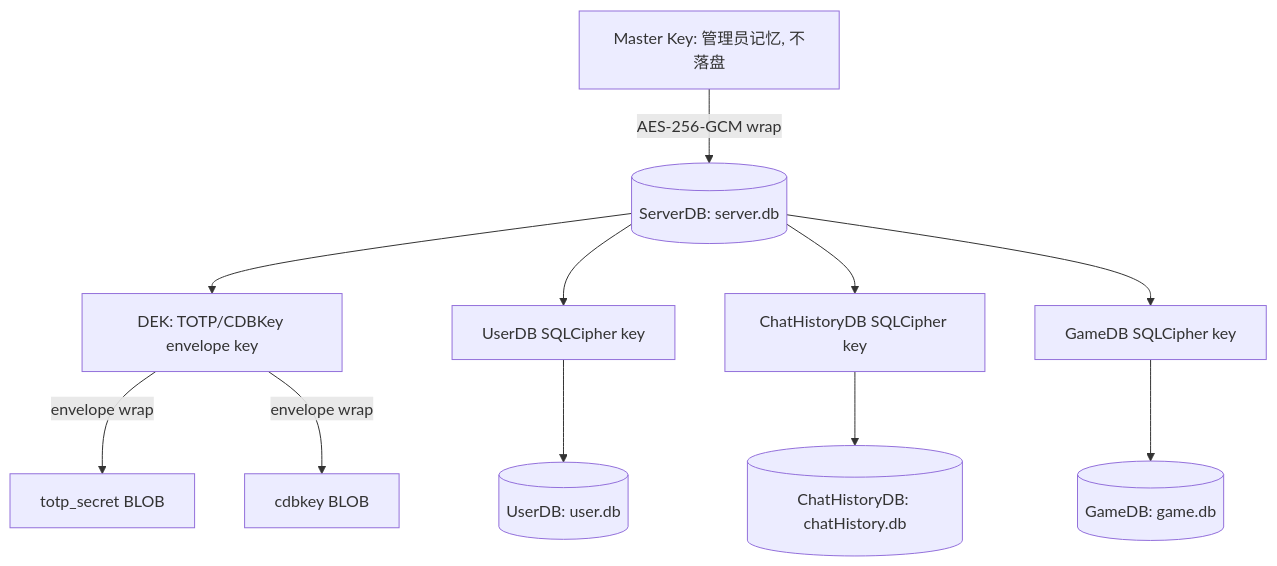
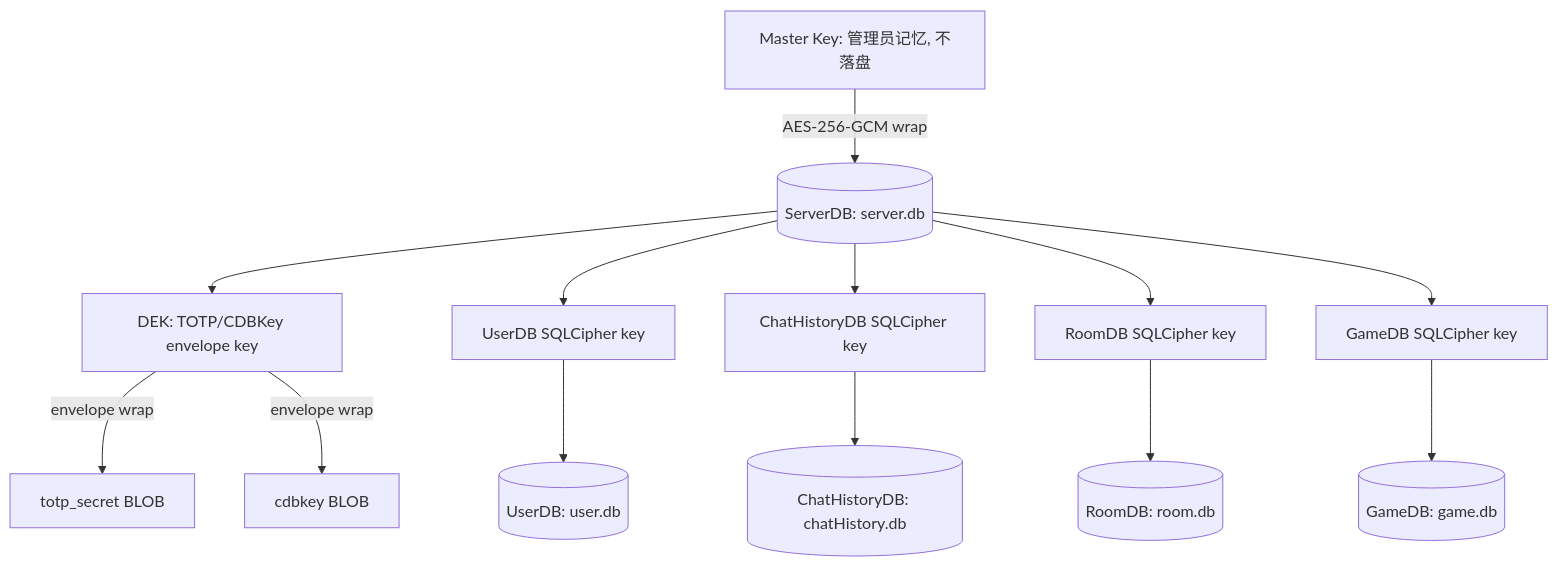
One commit to WinstonMeursault/PacPlay changed diagram 14 of 26 in docs/API.md. Above: the diagram before and after it, drawn with Mermaid. The commit also changed other lines of this file and 29 other files, not shown here.

````diff
--- a/docs/API.md
+++ b/docs/API.md
@@ -1316,13 +1505,15 @@
 ```mermaid
 flowchart TD
     MK[Master Key: 管理员记忆, 不落盘] -->|AES-256-GCM wrap| ServerDB[(ServerDB: server.db)]
     ServerDB --> DEK[DEK: TOTP/CDBKey envelope key]
     ServerDB --> UserKey[UserDB SQLCipher key]
     ServerDB --> ChatKey[ChatHistoryDB SQLCipher key]
+    ServerDB --> RoomKey[RoomDB SQLCipher key]
     ServerDB --> GameKey[GameDB SQLCipher key]
     DEK -->|envelope wrap| TotpSecret[totp_secret BLOB]
     DEK -->|envelope wrap| CDBKey[cdbkey BLOB]
     UserKey --> UserDB[(UserDB: user.db)]
     ChatKey --> ChatDB[(ChatHistoryDB: chatHistory.db)]
+    RoomKey --> RoomDB[(RoomDB: room.db)]
     GameKey --> GameDB[(GameDB: game.db)]
 ```
````
